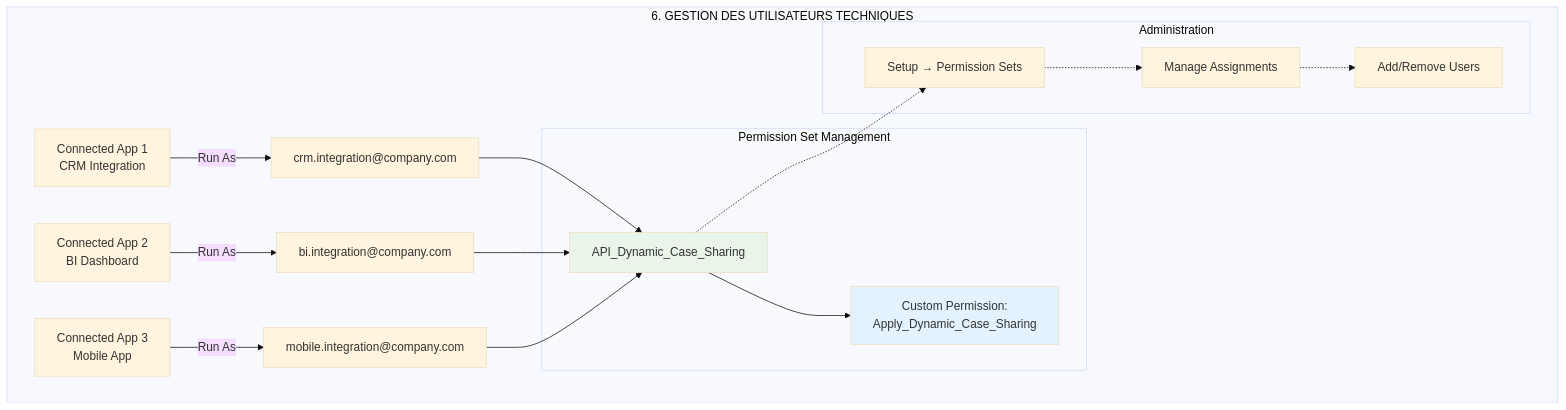
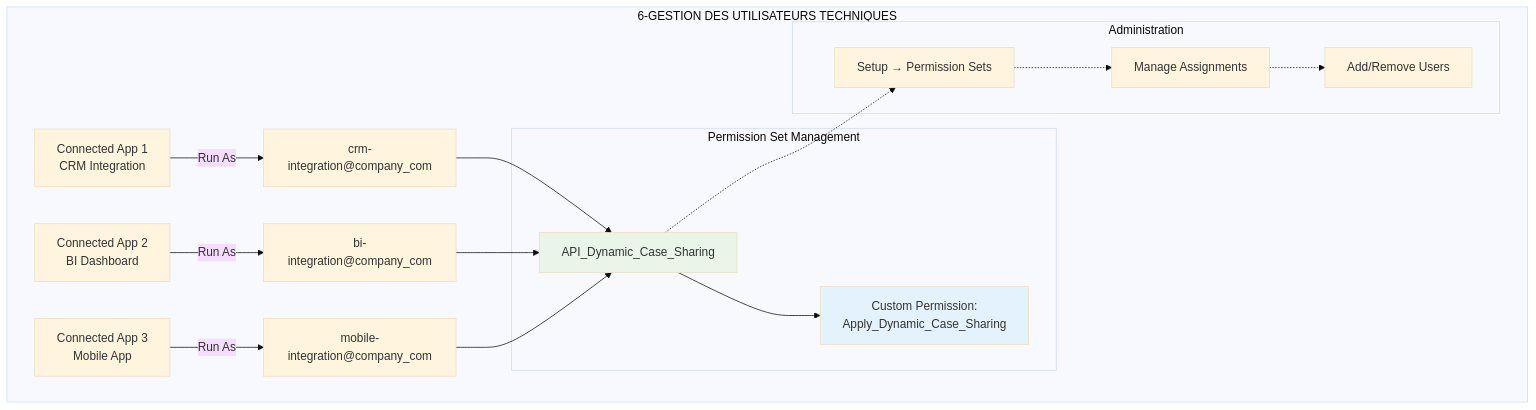
Before and after one commit to alcabon/General-AI-Questions: the sixth of 7 diagrams in Case-EmailMessag.md, drawn with Mermaid (base theme). The commit also changed other lines of this file, not shown here.

````diff
--- a/Case-EmailMessag.md
+++ b/Case-EmailMessag.md
@@ -1132,31 +1132,31 @@
 ```mermaid
 graph TB
-    subgraph "6. GESTION DES UTILISATEURS TECHNIQUES"
-        A["Connected App 1<br/>CRM Integration"] -->|Run As| B["crm.integration@company.com"]
-        C["Connected App 2<br/>BI Dashboard"] -->|Run As| D["bi.integration@company.com"]
-        E["Connected App 3<br/>Mobile App"] -->|Run As| F["mobile.integration@company.com"]
+    subgraph "6-GESTION DES UTILISATEURS TECHNIQUES"
+        A["Connected App 1<br/>CRM Integration"] -->|Run As| B["crm-integration@company_com"]
+        C["Connected App 2<br/>BI Dashboard"] -->|Run As| D["bi-integration@company_com"]
+        E["Connected App 3<br/>Mobile App"] -->|Run As| F["mobile-integration@company_com"]
         
         subgraph "Permission Set Management"
             G[API_Dynamic_Case_Sharing]
             H["Custom Permission:<br/>Apply_Dynamic_Case_Sharing"]
         end
         
         B --> G
         D --> G  
         F --> G
         G --> H
         
         subgraph "Administration"
             I["Setup → Permission Sets"]
             J[Manage Assignments]
             K["Add/Remove Users"]
         end
         
         G -.-> I
         I -.-> J
         J -.-> K
         
         style G fill:#e8f5e8
         style H fill:#e3f2fd
     end
 ```
````
